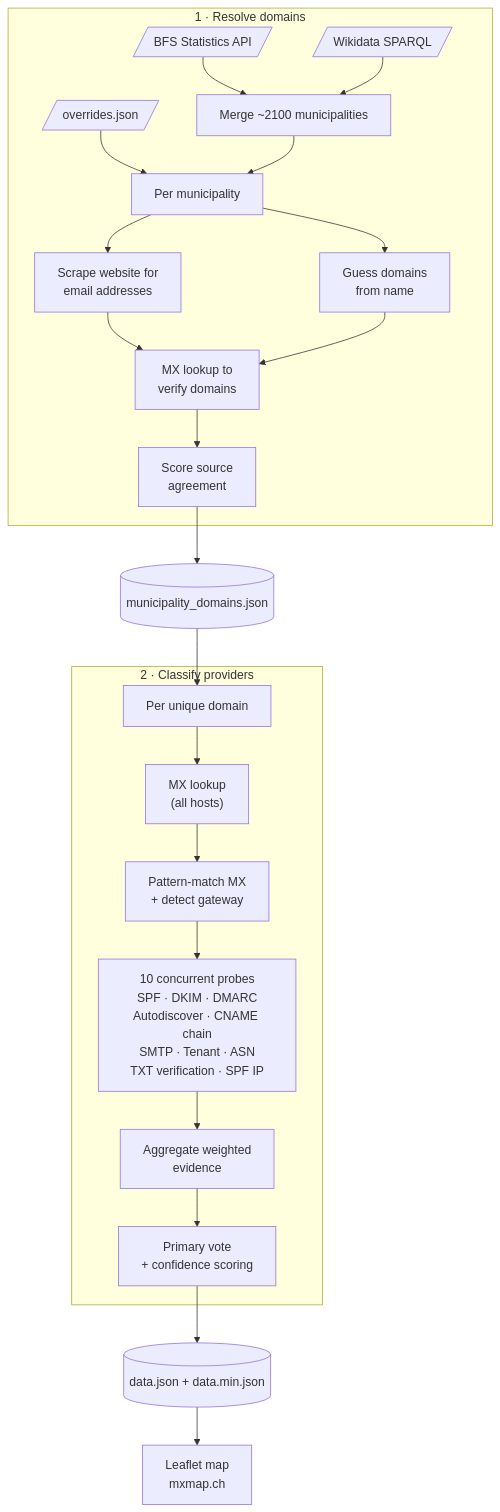
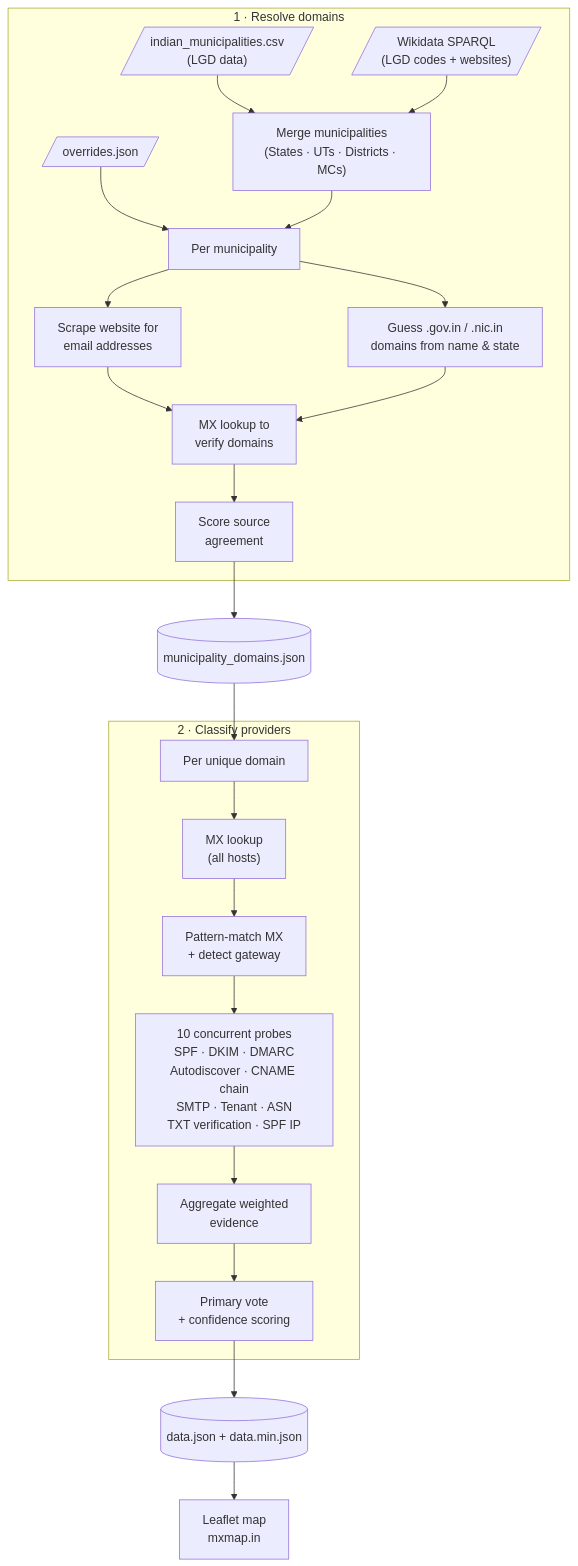
Before and after one commit to jesbinjoseph/mxmap: the diagram in README.md, drawn with Mermaid. The commit also changed other lines of this file, not shown here.

````diff
--- a/README.md
+++ b/README.md
@@ -19,28 +21,28 @@
 ```mermaid
 flowchart TD
     subgraph resolve ["1 · Resolve domains"]
-        bfs[/"BFS Statistics API"/] --> merge["Merge ~2100 municipalities"]
-        wikidata[/"Wikidata SPARQL"/] --> merge
+        csv[/"indian_municipalities.csv<br/>(LGD data)"/] --> merge["Merge municipalities<br/>(States · UTs · Districts · MCs)"]
+        wikidata[/"Wikidata SPARQL<br/>(LGD codes + websites)"/] --> merge
         overrides[/"overrides.json"/] --> per_muni
         merge --> per_muni["Per municipality"]
         per_muni --> scrape["Scrape website for<br/>email addresses"]
-        per_muni --> guess["Guess domains<br/>from name"]
+        per_muni --> guess["Guess .gov.in / .nic.in<br/>domains from name & state"]
         scrape --> mx_verify["MX lookup to<br/>verify domains"]
         guess --> mx_verify
         mx_verify --> score["Score source<br/>agreement"]
     end
 
     score --> domains[("municipality_domains.json")]
     domains --> classify_in
 
     subgraph classify ["2 · Classify providers"]
         classify_in["Per unique domain"] --> mx_lookup["MX lookup<br/>(all hosts)"]
         mx_lookup --> mx_match["Pattern-match MX<br/>+ detect gateway"]
         mx_match --> concurrent["10 concurrent probes<br/>SPF · DKIM · DMARC<br/>Autodiscover · CNAME chain<br/>SMTP · Tenant · ASN<br/>TXT verification · SPF IP"]
         concurrent --> aggregate["Aggregate weighted<br/>evidence"]
         aggregate --> vote["Primary vote<br/>+ confidence scoring"]
     end
 
     vote --> data[("data.json + data.min.json")]
-    data --> frontend["Leaflet map<br/>mxmap.ch"]
+    data --> frontend["Leaflet map<br/>mxmap.in"]
 ```
````
